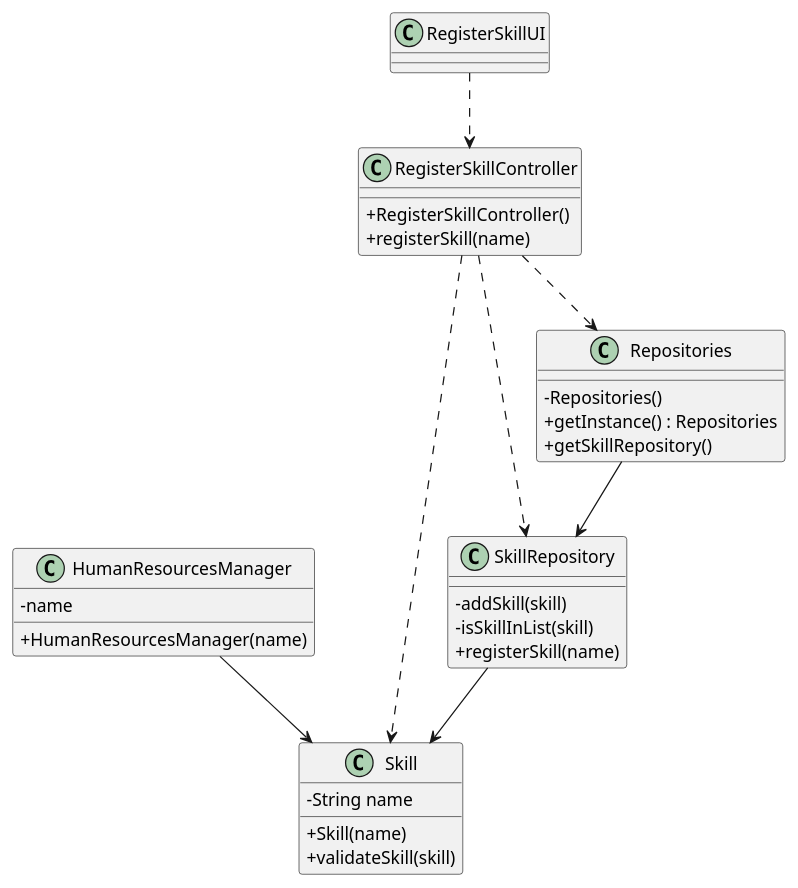
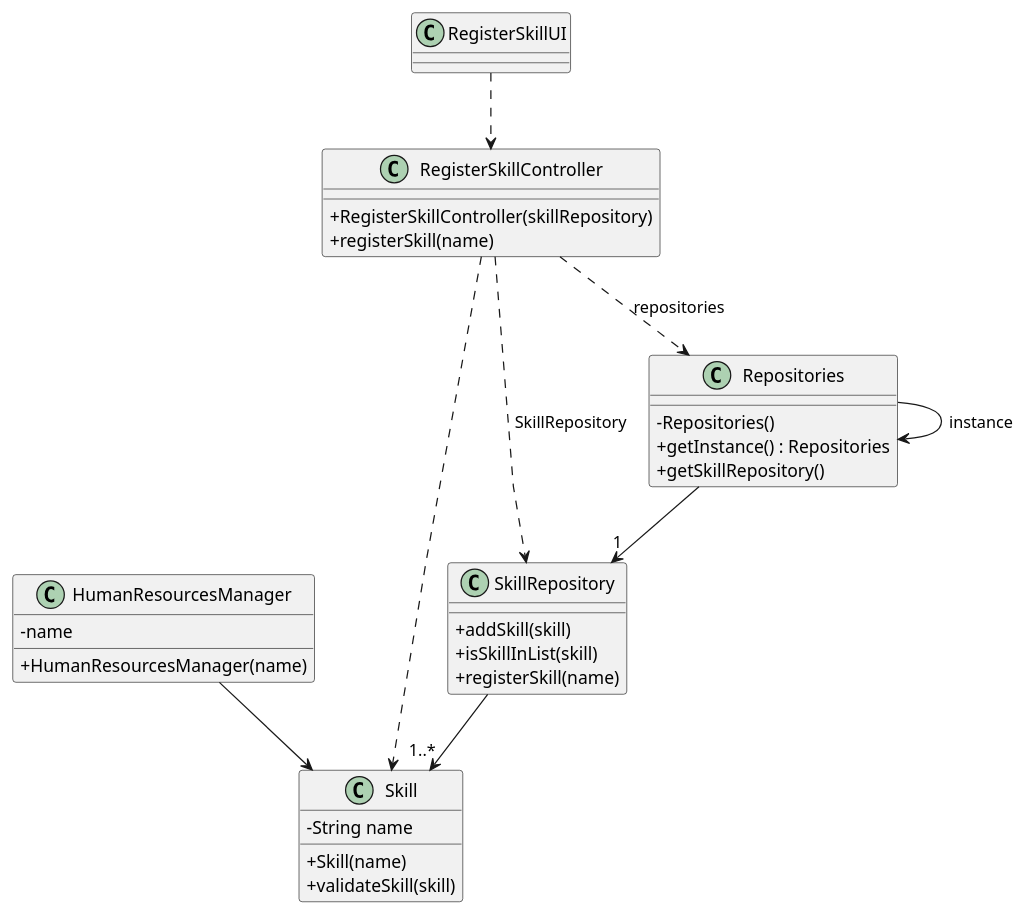
Before and after one commit to daniel41silva05/ISEP_2023_2024_LAPR2: the diagram in docs/sprintA&B/us001/03.design/puml/us001-class-diagram.puml, drawn with PlantUML. The commit also changed 3 other files, not shown here.

```diff
--- a/docs/sprintA&B/us001/03.design/puml/us001-class-diagram.puml
+++ b/docs/sprintA&B/us001/03.design/puml/us001-class-diagram.puml
@@ -1,52 +1,53 @@
 @startuml
 skinparam packageStyle rectangle
 skinparam shadowing false
 skinparam linetype polyline
 
 skinparam classAttributeIconSize 0
 
 'left to right direction
 
 class Skill {
     - String name
 
     + Skill(name)
     + validateSkill(skill)
 }
 
 class HumanResourcesManager {
     - name
     + HumanResourcesManager(name)
 }
 
 class SkillRepository {
-    - addSkill(skill)
-    - isSkillInList(skill)
+    + addSkill(skill)
+    + isSkillInList(skill)
     + registerSkill(name)
 }
 
 class Repositories {
     - Repositories()
     + getInstance() : Repositories
     + getSkillRepository()
 }
 
 class RegisterSkillController {
-    + RegisterSkillController()
+    + RegisterSkillController(skillRepository)
     + registerSkill(name)
 }
 
 class RegisterSkillUI {
 }
 
 RegisterSkillUI ..> RegisterSkillController
-RegisterSkillController ..> Repositories
-RegisterSkillController ..> SkillRepository
+RegisterSkillController ..> Repositories : repositories
+Repositories --> Repositories: instance
+RegisterSkillController ..> SkillRepository : SkillRepository
 RegisterSkillController ..> Skill
-Repositories --> SkillRepository
+Repositories --> "1" SkillRepository
 HumanResourcesManager --> Skill
-SkillRepository --> Skill
+SkillRepository --> "1..*" Skill
 
 
 
 @enduml
```
